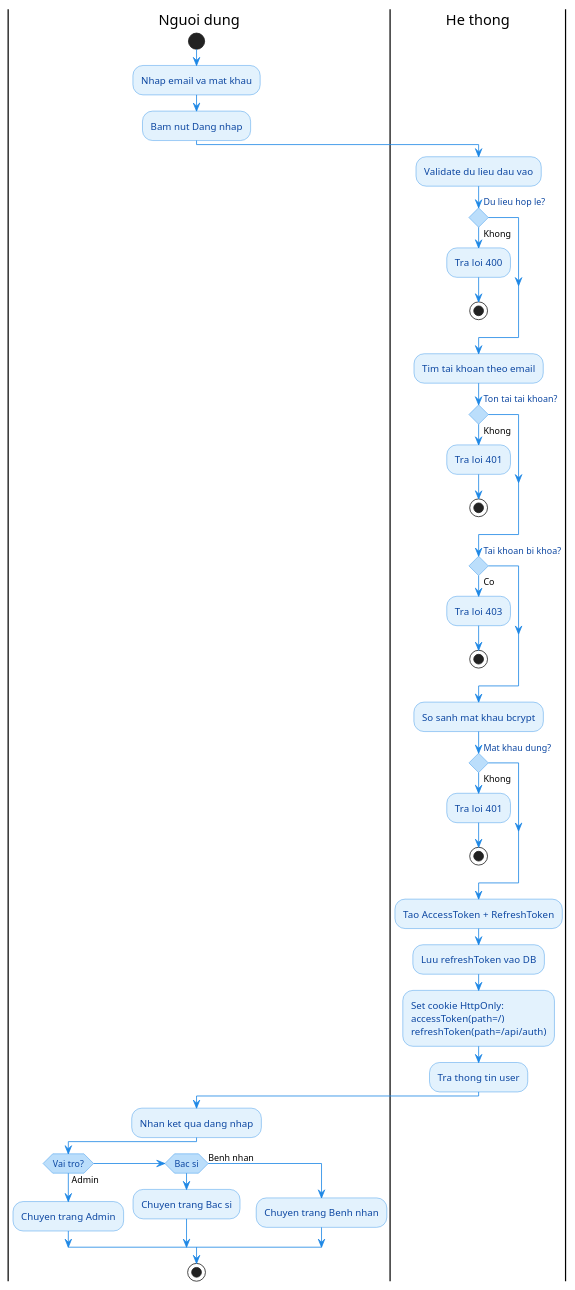
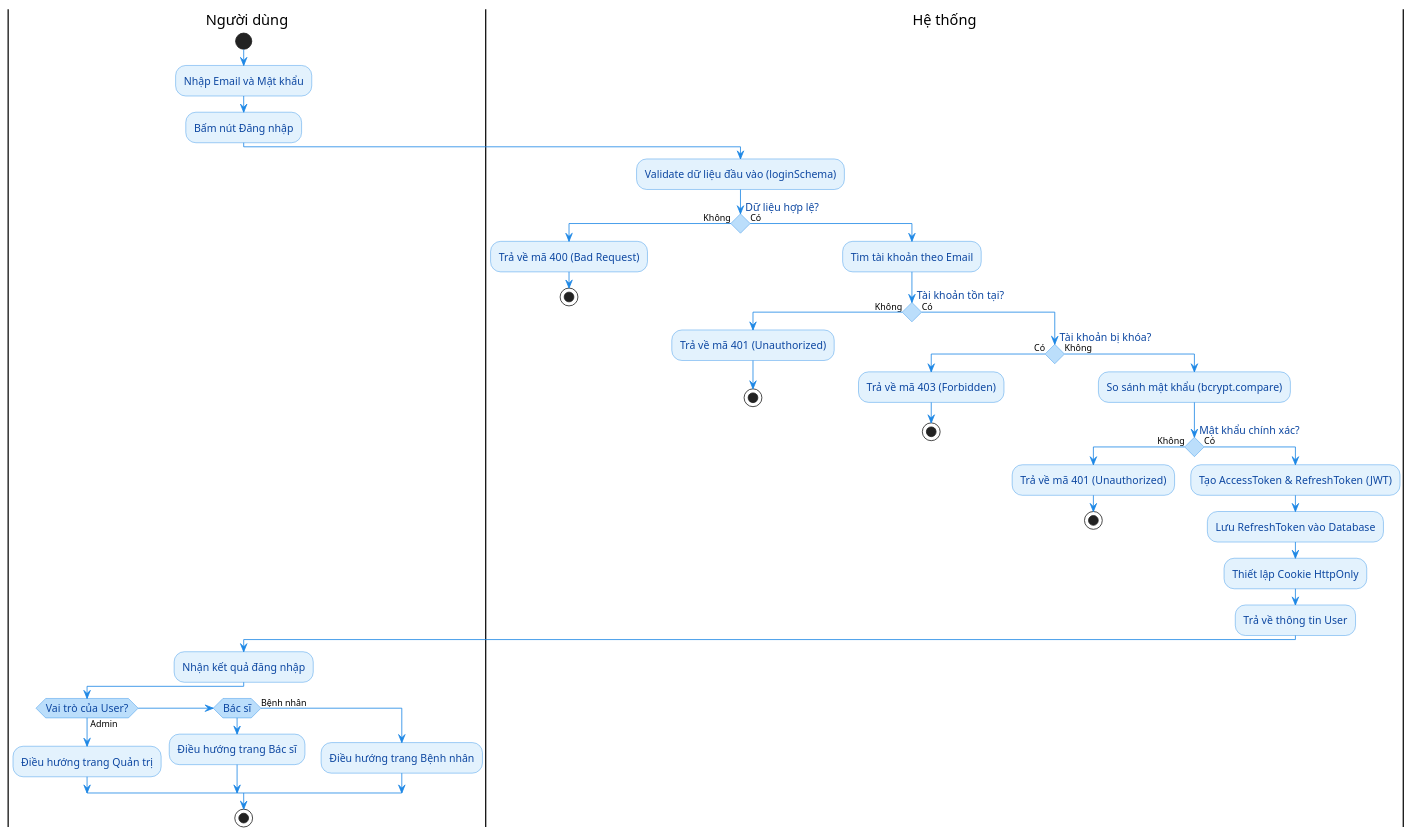
Before and after one commit to yqhuouc/HealthCare: the diagram in server/doc/diagrams/ACT_01_DangNhap.puml, drawn with PlantUML. The commit also changed 41 other files, not shown here.

Commit message:
feat: implement authentication system with password reset functionality and add project architecture documentation

```diff
--- a/server/doc/diagrams/ACT_01_DangNhap.puml
+++ b/server/doc/diagrams/ACT_01_DangNhap.puml
@@ -1,69 +1,66 @@
-@startuml Activity_DangNhap
+@startuml Activity_DangNhap_V3
 
 skinparam shadowing false
 skinparam backgroundColor white
 skinparam conditionStyle diamond
 skinparam ConditionEndStyle hline
 
 skinparam activity {
   BackgroundColor #E3F2FD
   BorderColor #1E88E5
   FontColor #0D47A1
-  RoundCorner 15
+  FontSize 13
+  RoundCorner 20
 }
 
 skinparam activityDiamondBackgroundColor #BBDEFB
 skinparam activityDiamondBorderColor #1E88E5
 skinparam activityDiamondFontColor #0D47A1
 skinparam ArrowColor #1E88E5
 
-|Nguoi dung|
+|Người dùng|
 start
-:Nhap email va mat khau;
-:Bam nut Dang nhap;
+:Nhập Email và Mật khẩu;
+:Bấm nút Đăng nhập;
 
-|He thong|
-:Validate du lieu dau vao;
-
-if (Du lieu hop le?) then (Khong)
-  :Tra loi 400;
+|Hệ thống|
+:Validate dữ liệu đầu vào (loginSchema);
+if (Dữ liệu hợp lệ?) then (Không)
+  :Trả về mã 400 (Bad Request);
   stop
+else (Có)
+  :Tìm tài khoản theo Email;
+  if (Tài khoản tồn tại?) then (Không)
+    :Trả về mã 401 (Unauthorized);
+    stop
+  else (Có)
+    if (Tài khoản bị khóa?) then (Có)
+      :Trả về mã 403 (Forbidden);
+      stop
+    else (Không)
+      :So sánh mật khẩu (bcrypt.compare);
+      if (Mật khẩu chính xác?) then (Không)
+        :Trả về mã 401 (Unauthorized);
+        stop
+      else (Có)
+        :Tạo AccessToken & RefreshToken (JWT);
+        :Lưu RefreshToken vào Database;
+        :Thiết lập Cookie HttpOnly;
+        :Trả về thông tin User;
+      endif
+    endif
+  endif
 endif
 
-:Tim tai khoan theo email;
-
-if (Ton tai tai khoan?) then (Khong)
-  :Tra loi 401;
-  stop
-endif
-
-if (Tai khoan bi khoa?) then (Co)
-  :Tra loi 403;
-  stop
-endif
-
-:So sanh mat khau bcrypt;
-
-if (Mat khau dung?) then (Khong)
-  :Tra loi 401;
-  stop
-endif
-
-:Tao AccessToken + RefreshToken;
-:Luu refreshToken vao DB;
-:Set cookie HttpOnly:\naccessToken(path=/)\nrefreshToken(path=/api/auth);
-:Tra thong tin user;
-
-|Nguoi dung|
-:Nhan ket qua dang nhap;
-
-if (Vai tro?) then (Admin)
-  :Chuyen trang Admin;
-elseif (Bac si)
-  :Chuyen trang Bac si;
-else (Benh nhan)
-  :Chuyen trang Benh nhan;
+|Người dùng|
+:Nhận kết quả đăng nhập;
+if (Vai trò của User?) then (Admin)
+  :Điều hướng trang Quản trị;
+elseif (Bác sĩ)
+  :Điều hướng trang Bác sĩ;
+else (Bệnh nhân)
+  :Điều hướng trang Bệnh nhân;
 endif
 
 stop
 @enduml
```
